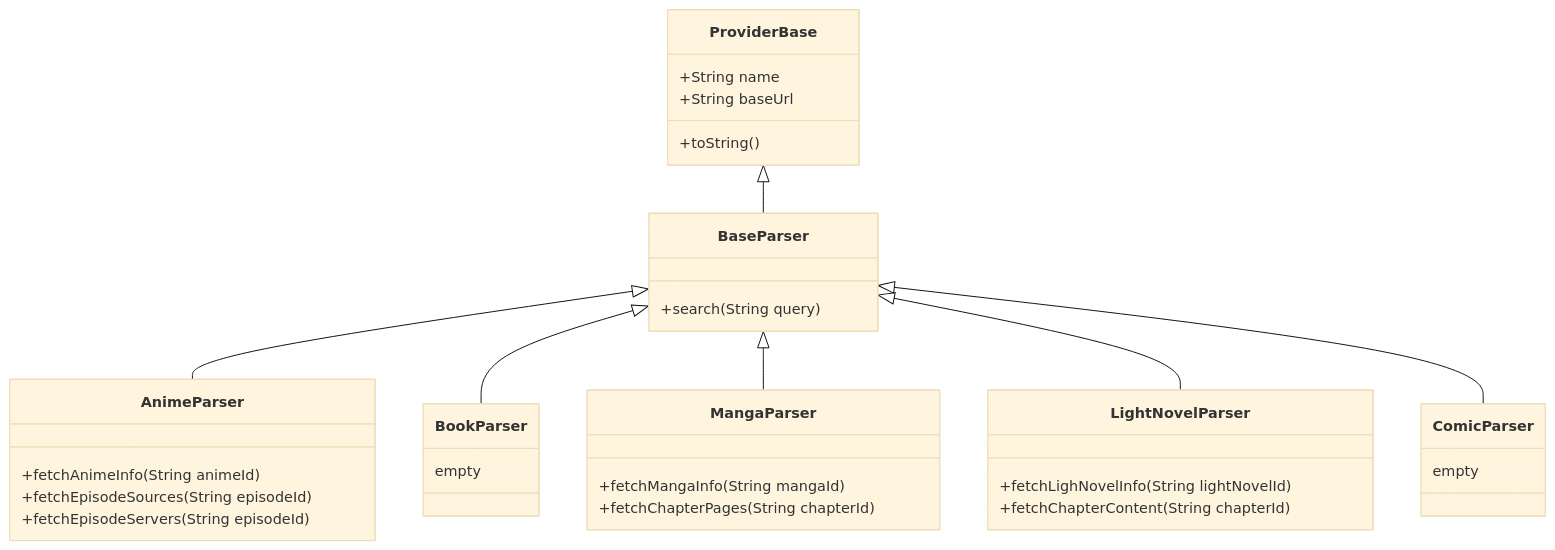
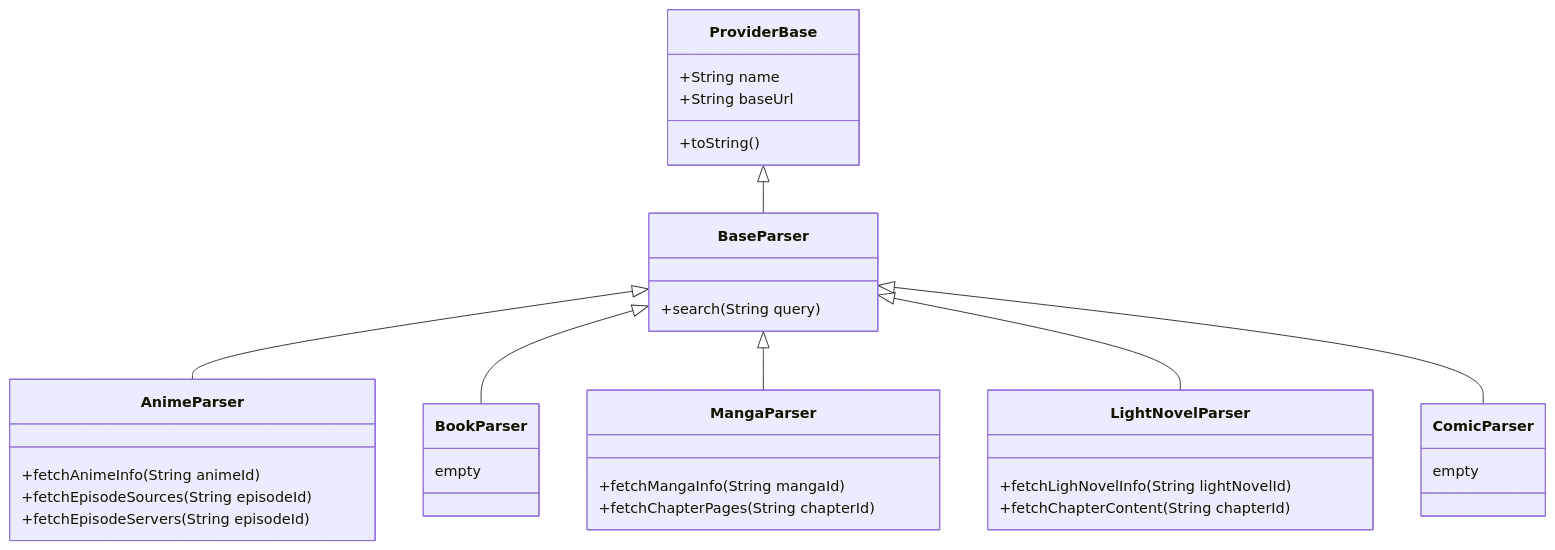
Before and after one commit to consumet/consumet.ts: the diagram in CONTRIBUTING.md, drawn with Mermaid.

````diff
--- a/CONTRIBUTING.md
+++ b/CONTRIBUTING.md
@@ -33,35 +33,35 @@
 ```mermaid
-%%{init: {'theme': 'base', 'themeVariables': { 'fontSize': '15px' }}}%%
+%%{init: {'themeVariables': { 'fontSize': '15px'}}}%%
 classDiagram
       ProviderBase <|-- BaseParser
       ProviderBase : +String name
       ProviderBase : +String baseUrl
       ProviderBase: +toString()
       BaseParser <|-- AnimeParser
       BaseParser <|-- BookParser
       BaseParser <|-- MangaParser
       BaseParser <|-- LightNovelParser
       BaseParser <|-- ComicParser
       class BaseParser{
          +search(String query)
       }
       class AnimeParser{
          +fetchAnimeInfo(String animeId)
          +fetchEpisodeSources(String episodeId)
          +fetchEpisodeServers(String episodeId)
       }
       class BookParser{
          empty
       }
       class MangaParser{
          +fetchMangaInfo(String mangaId)
          +fetchChapterPages(String chapterId)
       }
       class ComicParser{
          empty
       }
       class LightNovelParser{
          +fetchLighNovelInfo(String lightNovelId)
          +fetchChapterContent(String chapterId)
       }
 ```
````
